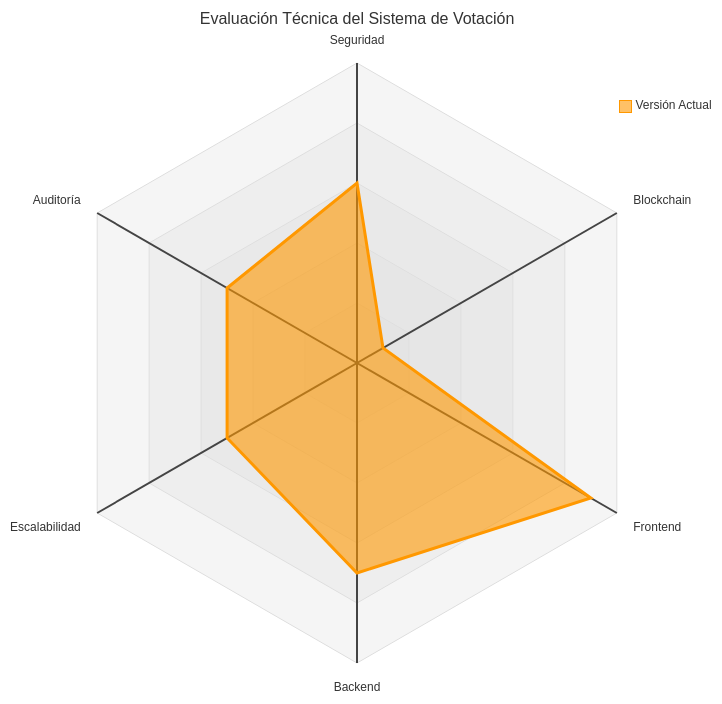
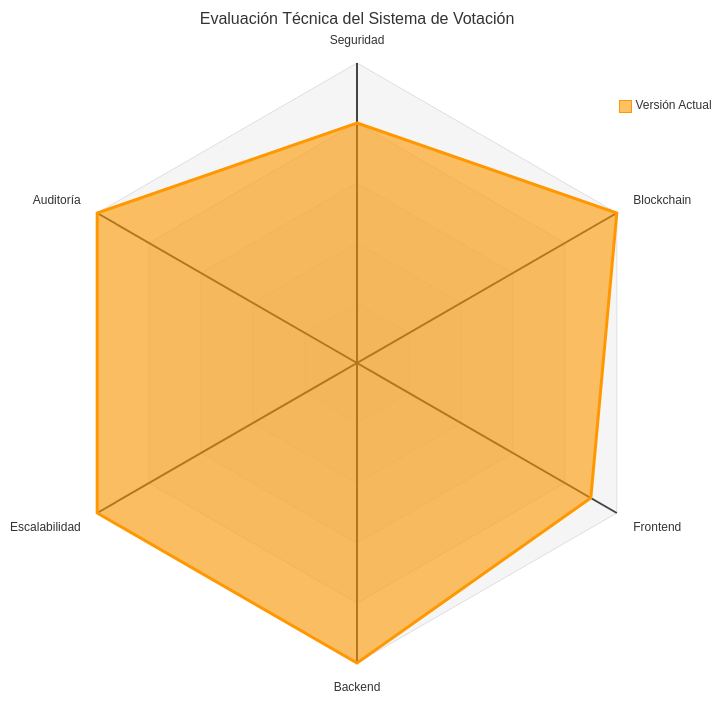
One commit to OnyxVariables/AGORA changed the diagram in docs/Diagrama_Radar.md. Above: the diagram before and after it, drawn with Mermaid.

Commit message:
update: doc about flow radar

````diff
--- a/docs/Diagrama_Radar.md
+++ b/docs/Diagrama_Radar.md
@@ -44,26 +44,26 @@
 ```mermaid
 ---
 config:
   themeVariables:
     cScale0: "#ff9800"
     radar:
       axisColor: "#444"
       curveOpacity: 0.6
       curveStrokeWidth: 3
 ---
 radar-beta
   title Evaluación Técnica del Sistema de Votación
 
   axis seguridad["Seguridad"]
   axis blockchain["Blockchain"]
   axis frontend["Frontend"]
   axis backend["Backend"]
   axis escalabilidad["Escalabilidad"]
   axis auditoria["Auditoría"]
 
-  curve actual["Versión Actual"]{6, 1, 9, 7, 5, 5}
+  curve actual["Versión Actual"]{8, 10, 9, 10, 10, 10}
 
   graticule polygon
   ticks 5
   max 10
 ```
````
